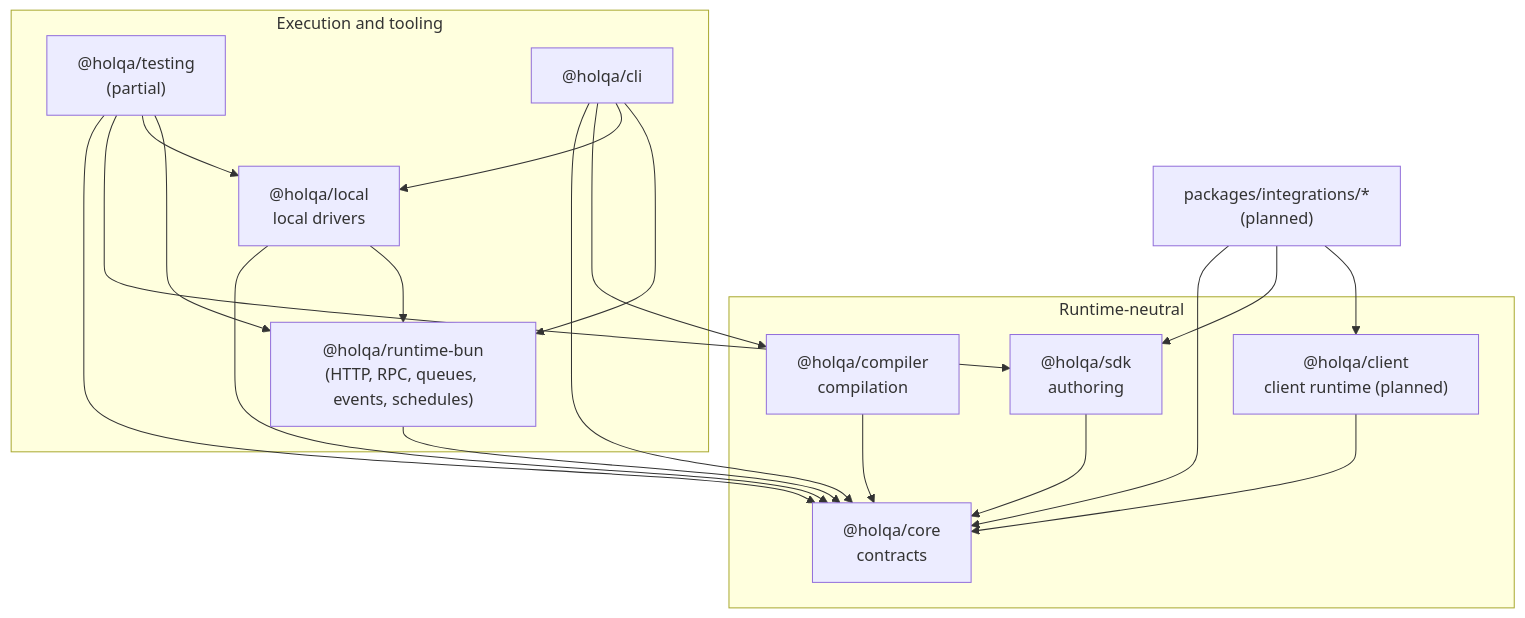
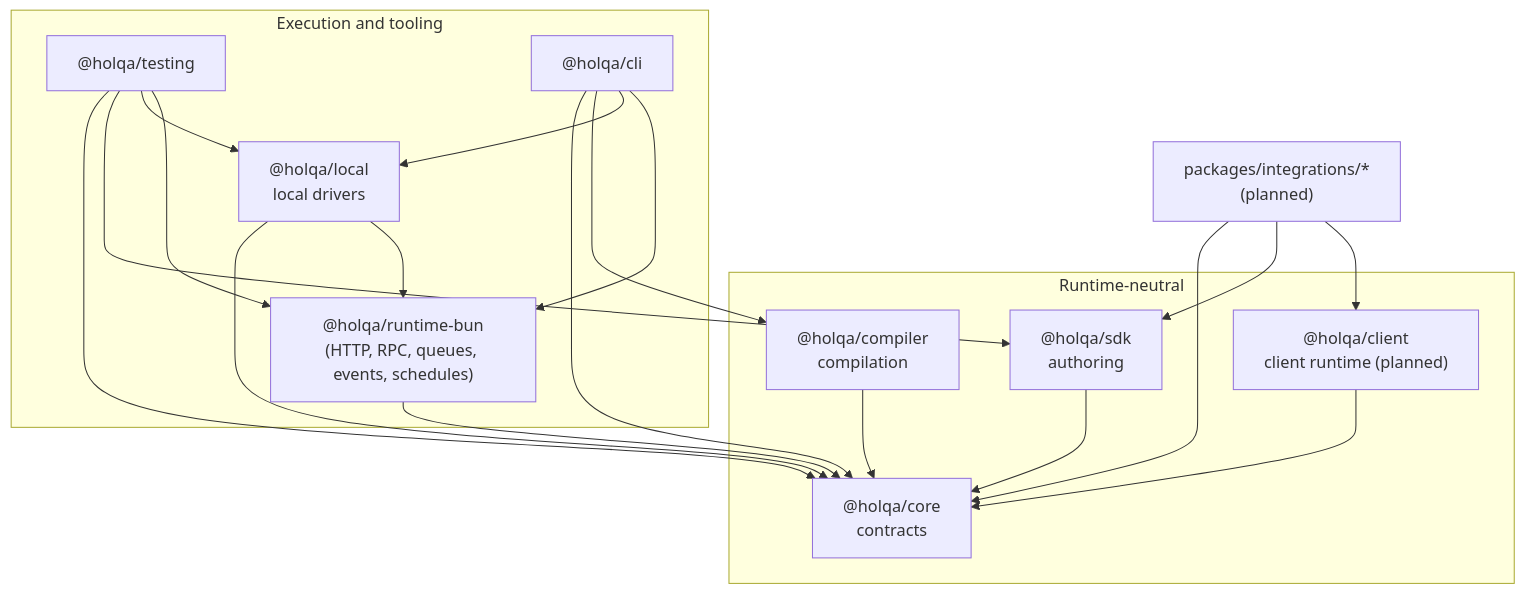
One commit to SrKleRAimBot/holqa changed the first of 2 diagrams in docs/architecture/overview.md. Above: the diagram before and after it, drawn with Mermaid. The commit also changed other lines of this file and 140 other files, not shown here.

````diff
--- a/docs/architecture/overview.md
+++ b/docs/architecture/overview.md
@@ -24,34 +24,34 @@
 ```mermaid
 flowchart TB
   subgraph Neutral["Runtime-neutral"]
     core["@holqa/core<br/>contracts"]
     sdk["@holqa/sdk<br/>authoring"]
     client["@holqa/client<br/>client runtime (planned)"]
     compiler["@holqa/compiler<br/>compilation"]
   end
   subgraph Execution["Execution and tooling"]
     runtime["@holqa/runtime-bun<br/>(HTTP, RPC, queues, events, schedules)"]
     local["@holqa/local<br/>local drivers"]
-    testing["@holqa/testing<br/>(partial)"]
+    testing["@holqa/testing"]
     cli["@holqa/cli"]
   end
   integrations["packages/integrations/*<br/>(planned)"]
 
   sdk --> core
   client --> core
   compiler --> core
   runtime --> core
   local --> core
   local --> runtime
   testing --> core
   testing --> sdk
   testing --> local
   testing --> runtime
   cli --> core
   cli --> compiler
   cli --> local
   cli --> runtime
   integrations --> core
   integrations --> sdk
   integrations --> client
 ```
````
